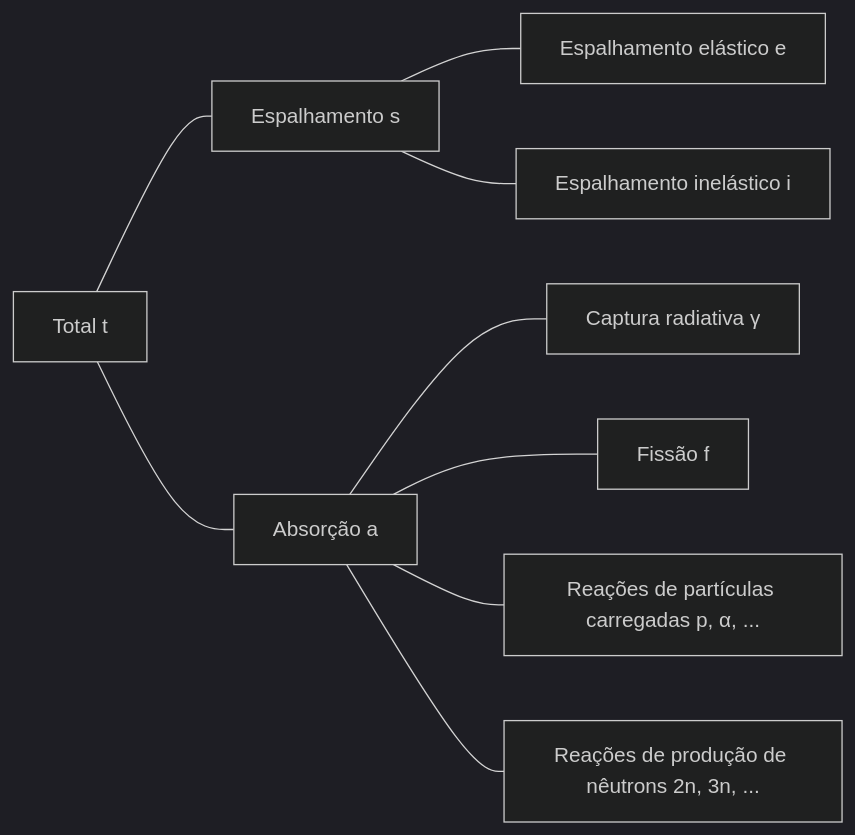
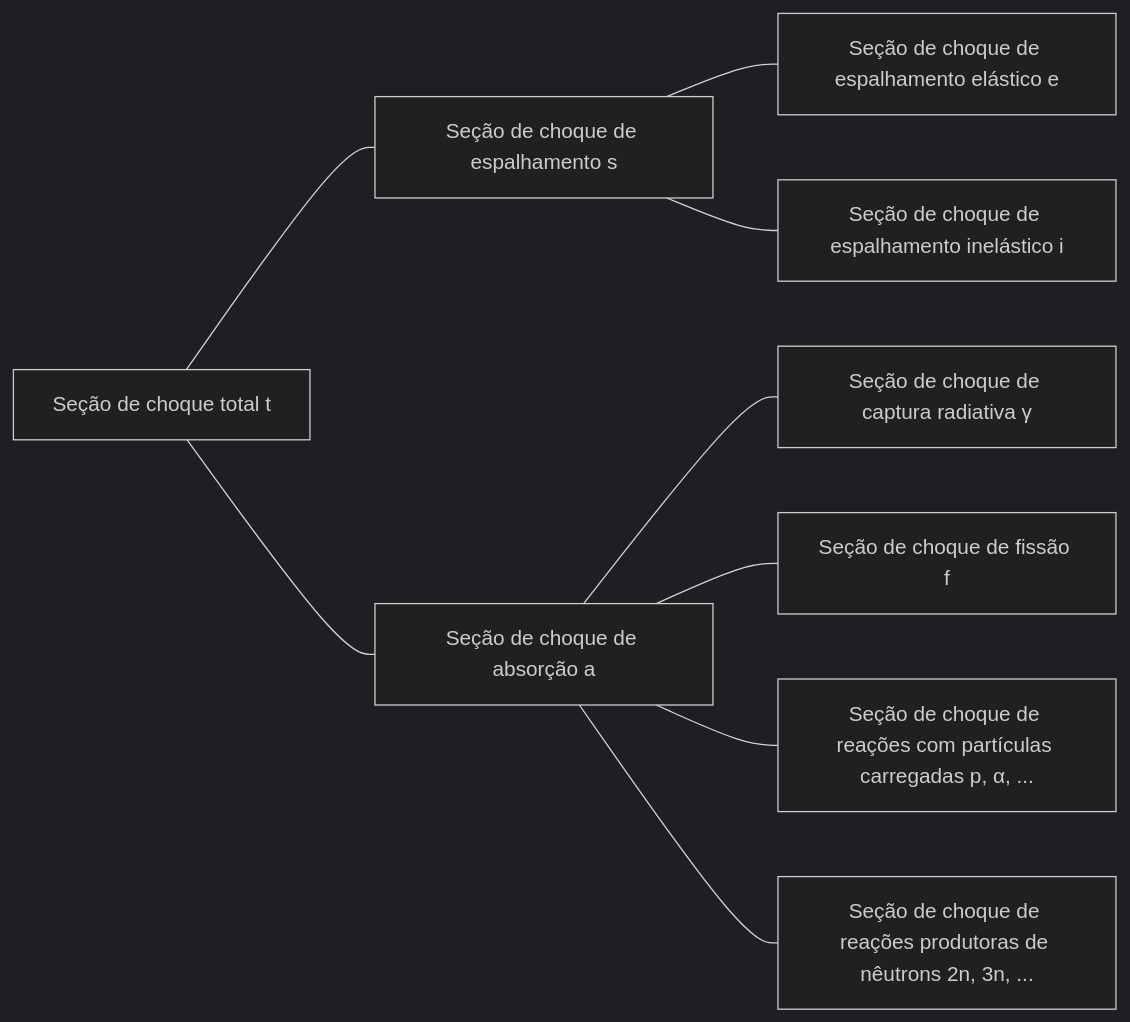
One commit to yunseo-kim/yunseo-kim.github.io changed the diagram in _posts/pt-BR/2022-03-19-Neutron-Interactions-and-Cross-sections.md. Above: the diagram before and after it, drawn with Mermaid (dark theme). The commit also changed other lines of this file and 8 other files, not shown here.

````diff
--- a/_posts/pt-BR/2022-03-19-Neutron-Interactions-and-Cross-sections.md
+++ b/_posts/pt-BR/2022-03-19-Neutron-Interactions-and-Cross-sections.md
@@ -78,13 +44,13 @@
 ```mermaid
 flowchart LR
-	total["Total t"] --- s["Espalhamento s"]
-	total --- a["Absorção a"]
+	total["Seção de choque total t"] --- s["Seção de choque de espalhamento s"]
+	total --- a["Seção de choque de absorção a"]
 
-	s --- e["Espalhamento elástico e"]
-	s --- i["Espalhamento inelástico i"]
+	s --- e["Seção de choque de espalhamento elástico e"]
+	s --- i["Seção de choque de espalhamento inelástico i"]
 
-	a --- gamma["Captura radiativa γ"]
-	a --- f["Fissão f"]
-	a --- p["Reações de partículas carregadas p, α, ..."]
-	a --- n["Reações de produção de nêutrons 2n, 3n, ..."]
+	a --- gamma["Seção de choque de captura radiativa γ"]
+	a --- f["Seção de choque de fissão f"]
+	a --- p["Seção de choque de reações com partículas carregadas p, α, ..."]
+	a --- n["Seção de choque de reações produtoras de nêutrons 2n, 3n, ..."]
 ```
````
